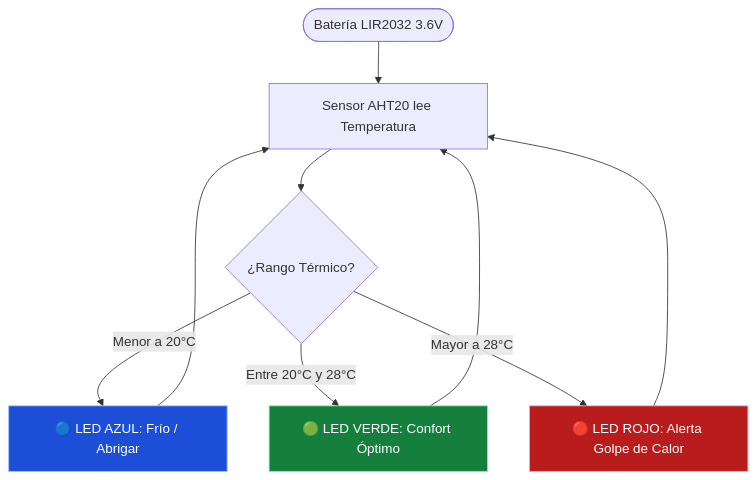
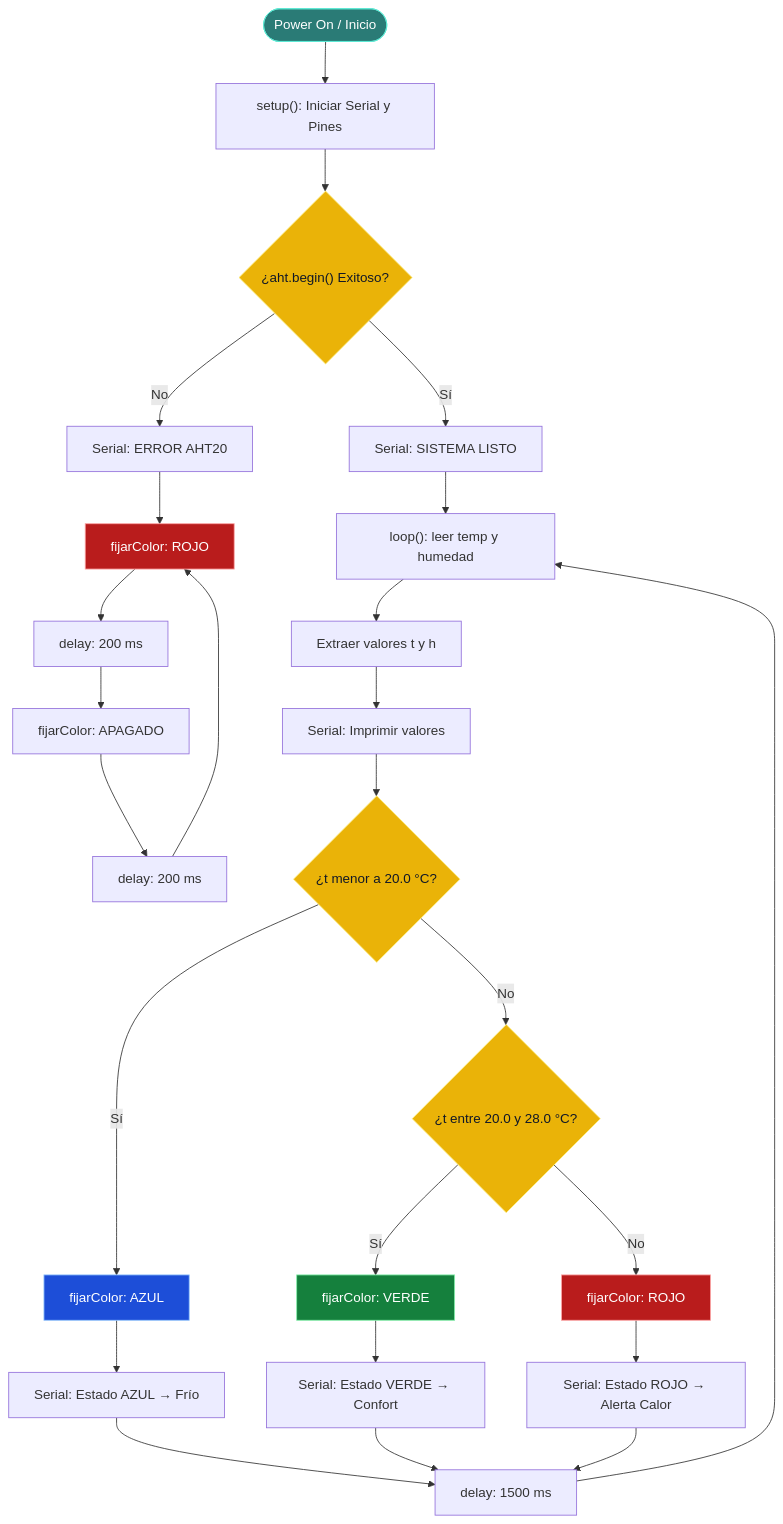
One commit to AntoniaDinamarca/Temperatura-Mascotas changed the diagram in Diagramas/Diagrama de Flujo.md. Above: the diagram before and after it, drawn with Mermaid.

Commit message:
Expand flowchart with error handling and states

````diff
--- a/Diagramas/Diagrama de Flujo.md
+++ b/Diagramas/Diagrama de Flujo.md
@@ -1,15 +1,51 @@
 ```mermaid
 flowchart TD
-    A(["Batería LIR2032 3.6V"]) --> B["Sensor AHT20 lee Temperatura"]
-    B --> C{"¿Rango Térmico?"}
-    C -->|"Menor a 20°C"| D["🔵 LED AZUL: Frío / Abrigar"]
-    C -->|"Entre 20°C y 28°C"| E["🟢 LED VERDE: Confort Óptimo"]
-    C -->|"Mayor a 28°C"| F["🔴 LED ROJO: Alerta Golpe de Calor"]
-    D --> B
-    E --> B
-    F --> B
+    Inicio(["Power On / Inicio"]) --> Setup["setup(): Iniciar Serial y Pines"]
+    Setup --> CheckAHT{"¿aht.begin() Exitoso?"}
 
-    style D fill:#1d4ed8,stroke:#93c5fd,color:#ffffff
-    style E fill:#15803d,stroke:#86efac,color:#ffffff
-    style F fill:#b91c1c,stroke:#fca5a5,color:#ffffff
+    %% Rama No: Bucle de error del sensor
+    CheckAHT -->|"No"| Err1["Serial: ERROR AHT20"]
+    Err1 --> Err2["fijarColor: ROJO"]
+    Err2 --> Err3["delay: 200 ms"]
+    Err3 --> Err4["fijarColor: APAGADO"]
+    Err4 --> Err5["delay: 200 ms"]
+    Err5 --> Err2
+
+    %% Rama Sí: Funcionamiento normal del sistema
+    CheckAHT -->|"Sí"| Ready["Serial: SISTEMA LISTO"]
+    Ready --> Loop["loop(): leer temp y humedad"]
+    Loop --> Extract["Extraer valores t y h"]
+    Extract --> PrintVal["Serial: Imprimir valores"]
+    PrintVal --> CheckCold{"¿t menor a 20.0 °C?"}
+
+    %% Estado Frío (< 20.0 °C)
+    CheckCold -->|"Sí"| ColdLED["fijarColor: AZUL"]
+    ColdLED --> ColdSer["Serial: Estado AZUL → Frío"]
+    ColdSer --> DelayLoop
+
+    %% Evaluación de Confort o Alerta de Calor
+    CheckCold -->|"No"| CheckComfort{"¿t entre 20.0 y 28.0 °C?"}
+
+    %% Estado Confort (20.0 - 28.0 °C)
+    CheckComfort -->|"Sí"| ComfLED["fijarColor: VERDE"]
+    ComfLED --> ComfSer["Serial: Estado VERDE → Confort"]
+    ComfSer --> DelayLoop
+
+    %% Estado Alerta Calor (> 28.0 °C)
+    CheckComfort -->|"No"| HotLED["fijarColor: ROJO"]
+    HotLED --> HotSer["Serial: Estado ROJO → Alerta Calor"]
+    HotSer --> DelayLoop
+
+    %% Cierre y repetición del ciclo principal
+    DelayLoop["delay: 1500 ms"] --> Loop
+
+    %% Estilos de color
+    style Inicio fill:#2a7b76,stroke:#5eead4,color:#ffffff
+    style CheckAHT fill:#eab308,stroke:#fef08a,color:#111827
+    style CheckCold fill:#eab308,stroke:#fef08a,color:#111827
+    style CheckComfort fill:#eab308,stroke:#fef08a,color:#111827
+    style Err2 fill:#b91c1c,stroke:#fca5a5,color:#ffffff
+    style ColdLED fill:#1d4ed8,stroke:#93c5fd,color:#ffffff
+    style ComfLED fill:#15803d,stroke:#86efac,color:#ffffff
+    style HotLED fill:#b91c1c,stroke:#fca5a5,color:#ffffff
 ```
````
